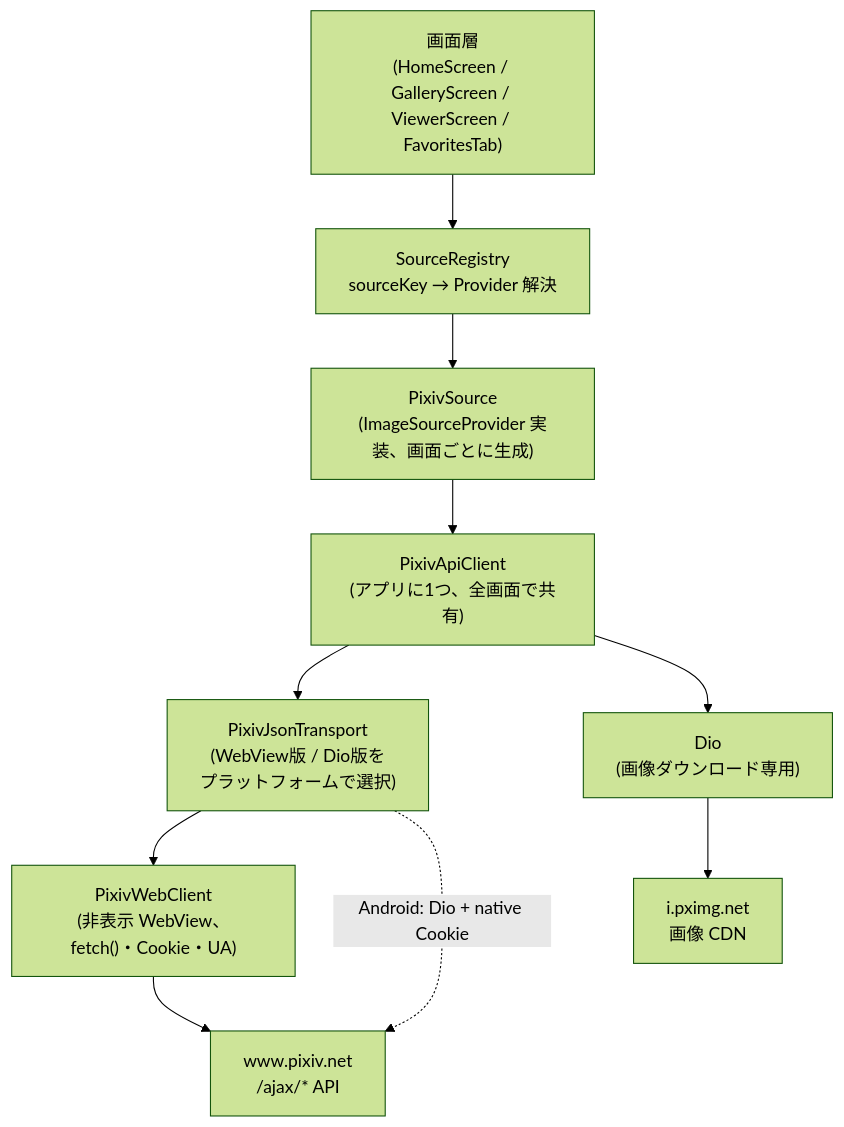
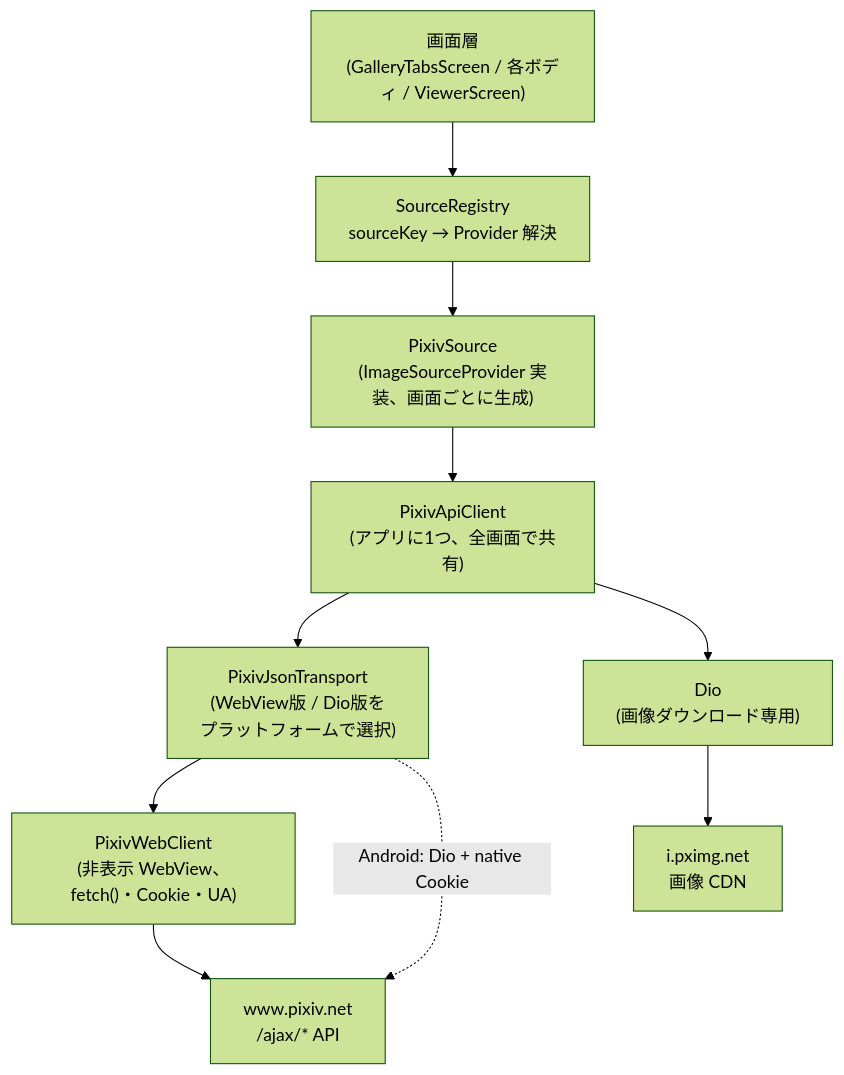
Before and after one commit to jam7/image-viewer: the diagram in docs/pixiv_connection.md, drawn with Mermaid (forest theme). The commit also changed other lines of this file and 11 other files, not shown here.

First line of the commit message:
Make home a tab and the tab host the app's root

````diff
--- a/docs/pixiv_connection.md
+++ b/docs/pixiv_connection.md
@@ -8,17 +8,17 @@
 ```mermaid
 graph TB
-    Screens["画面層<br/>(HomeScreen / GalleryScreen / ViewerScreen / FavoritesTab)"]
+    Screens["画面層<br/>(GalleryTabsScreen / 各ボディ / ViewerScreen)"]
     Registry["SourceRegistry<br/>sourceKey → Provider 解決"]
     Source["PixivSource<br/>(ImageSourceProvider 実装、画面ごとに生成)"]
     API["PixivApiClient<br/>(アプリに1つ、全画面で共有)"]
     Transport["PixivJsonTransport<br/>(WebView版 / Dio版を<br/>プラットフォームで選択)"]
     Web["PixivWebClient<br/>(非表示 WebView、fetch()・Cookie・UA)"]
     ImgDio["Dio<br/>(画像ダウンロード専用)"]
     Pixiv["www.pixiv.net<br/>/ajax/* API"]
     Pximg["i.pximg.net<br/>画像 CDN"]
 
     Screens --> Registry --> Source --> API
     API --> Transport --> Web --> Pixiv
     Transport -. "Android: Dio + native Cookie" .-> Pixiv
     API --> ImgDio --> Pximg
 ```
````
